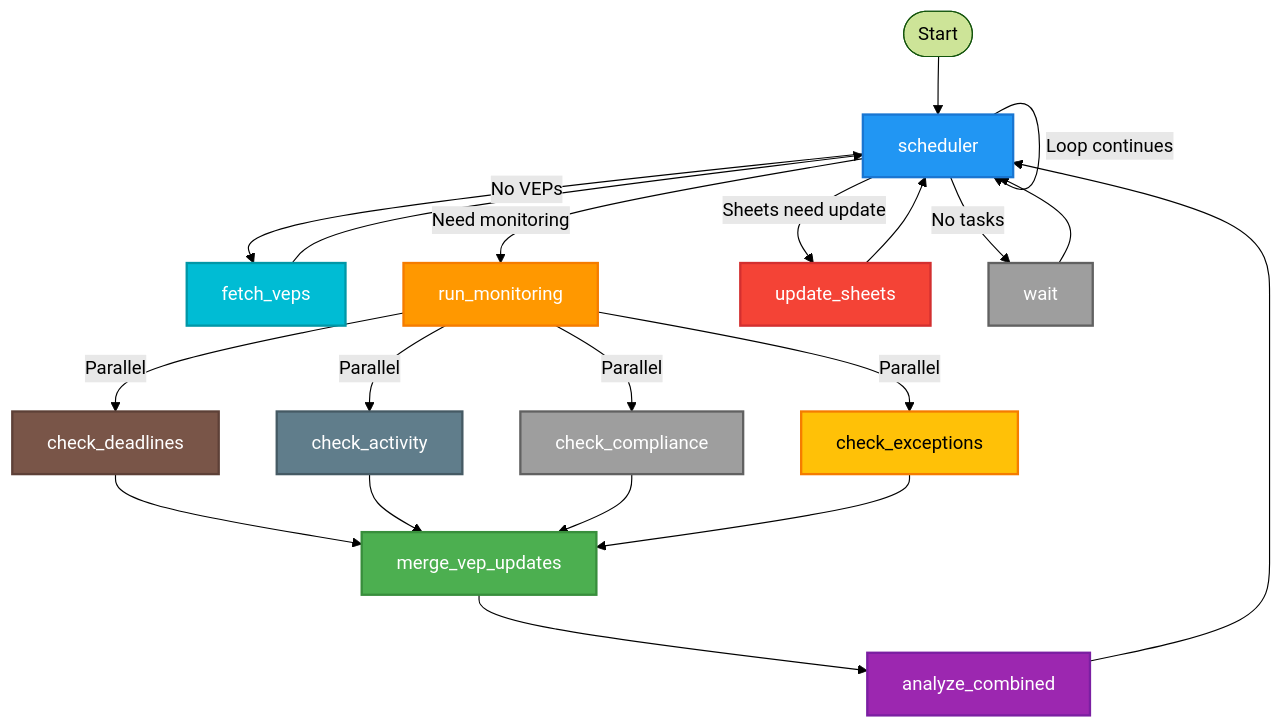
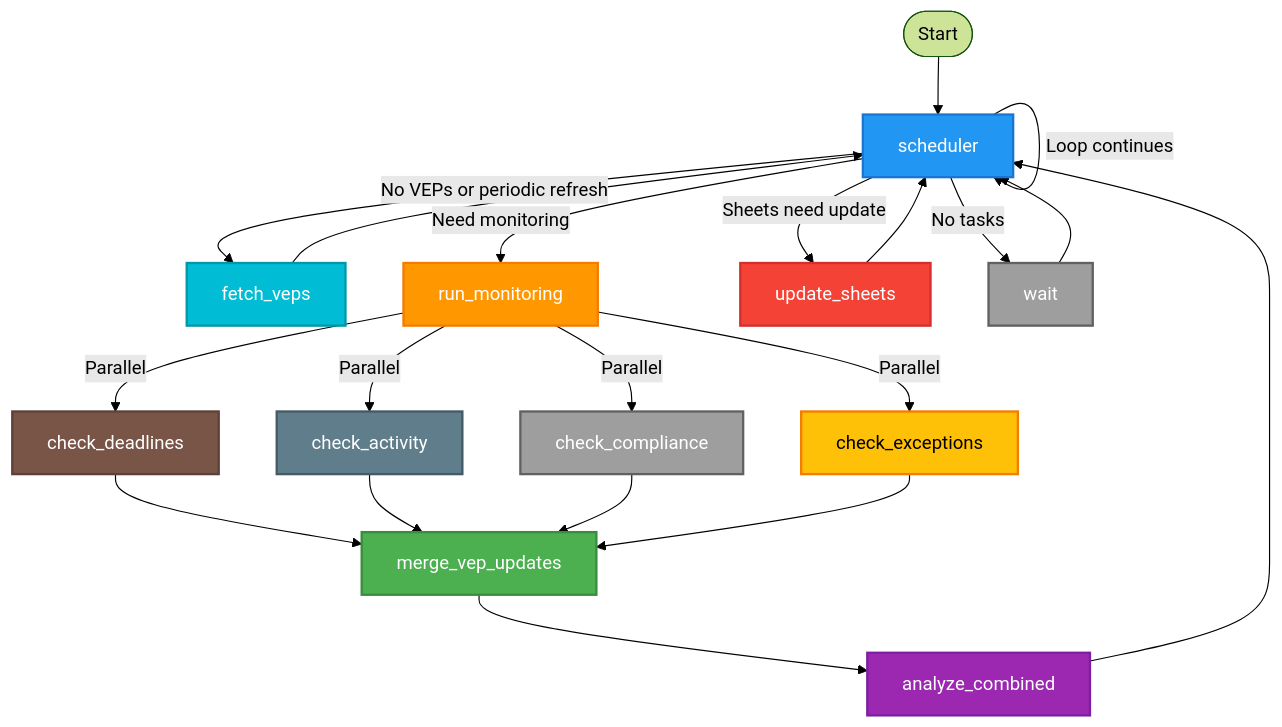
The diagram in README.md (iholder101/vep-police-agent), drawn with Mermaid (forest theme) before and after one commit. The commit also changed other lines of this file, not shown here.

First line of the commit message:
Fix README: fetch_veps runs both when empty and periodically

````diff
--- a/README.md
+++ b/README.md
@@ -164,40 +164,40 @@
 ```mermaid
 graph TD
     Start([Start]) --> Scheduler[scheduler]
     
-    Scheduler -->|No VEPs| FetchVEPs[fetch_veps]
+    Scheduler -->|No VEPs or periodic refresh| FetchVEPs[fetch_veps]
     Scheduler -->|Need monitoring| RunMonitoring[run_monitoring]
     Scheduler -->|Sheets need update| UpdateSheets[update_sheets]
     Scheduler -->|No tasks| Wait[wait]
     
     RunMonitoring -->|Parallel| CheckDeadlines[check_deadlines]
     RunMonitoring -->|Parallel| CheckActivity[check_activity]
     RunMonitoring -->|Parallel| CheckCompliance[check_compliance]
     RunMonitoring -->|Parallel| CheckExceptions[check_exceptions]
     
     CheckDeadlines --> MergeUpdates[merge_vep_updates]
     CheckActivity --> MergeUpdates
     CheckCompliance --> MergeUpdates
     CheckExceptions --> MergeUpdates
     
     MergeUpdates --> AnalyzeCombined[analyze_combined]
     AnalyzeCombined --> Scheduler
     
     FetchVEPs --> Scheduler
     UpdateSheets --> Scheduler
     Wait --> Scheduler
     
     Scheduler -->|Loop continues| Scheduler
     
     style Scheduler fill:#2196F3,stroke:#1976D2,stroke-width:2px,color:#fff
     style RunMonitoring fill:#FF9800,stroke:#F57C00,stroke-width:2px,color:#fff
     style MergeUpdates fill:#4CAF50,stroke:#388E3C,stroke-width:2px,color:#fff
     style AnalyzeCombined fill:#9C27B0,stroke:#7B1FA2,stroke-width:2px,color:#fff
     style UpdateSheets fill:#F44336,stroke:#D32F2F,stroke-width:2px,color:#fff
     style FetchVEPs fill:#00BCD4,stroke:#0097A7,stroke-width:2px,color:#fff
     style CheckDeadlines fill:#795548,stroke:#5D4037,stroke-width:2px,color:#fff
     style CheckActivity fill:#607D8B,stroke:#455A64,stroke-width:2px,color:#fff
     style CheckCompliance fill:#9E9E9E,stroke:#616161,stroke-width:2px,color:#fff
     style CheckExceptions fill:#FFC107,stroke:#F57C00,stroke-width:2px,color:#000
     style Wait fill:#9E9E9E,stroke:#616161,stroke-width:2px,color:#fff
 ```
````
